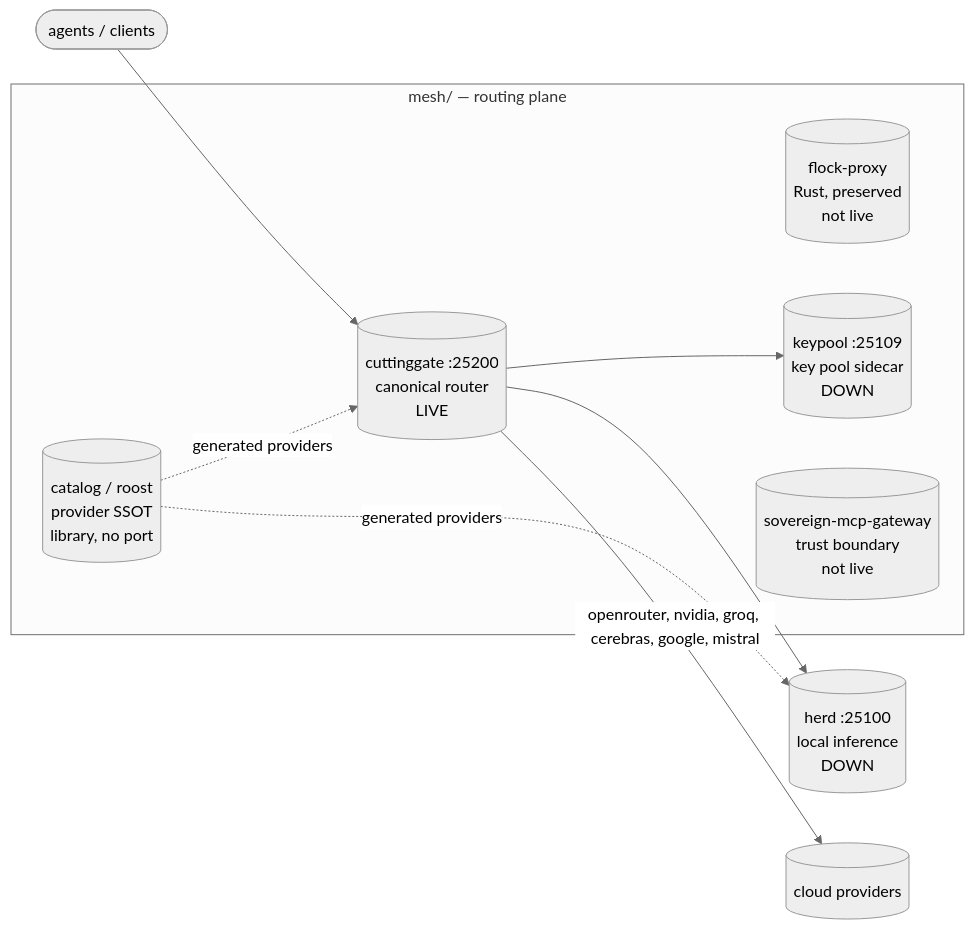
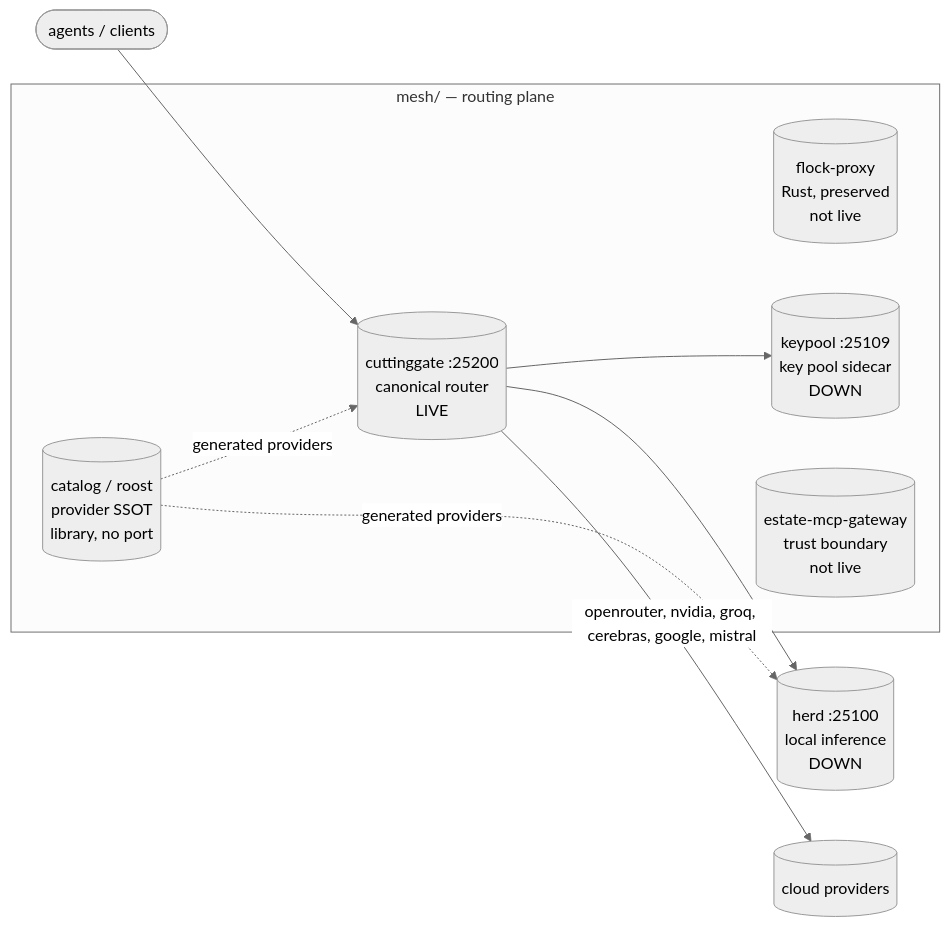
One commit to toxicwind/ranch changed the diagram in mesh/README.md. Above: the diagram before and after it, drawn with Mermaid (neutral theme). The commit also changed other lines of this file and 17 other files, not shown here.

````diff
--- a/mesh/README.md
+++ b/mesh/README.md
@@ -43,17 +43,17 @@
 ```mermaid
 flowchart LR
     subgraph mesh ["mesh/ — routing plane"]
         cuttinggate[("cuttinggate :25200<br/>canonical router<br/>LIVE")]
         flockproxy[("flock-proxy<br/>Rust, preserved<br/>not live")]
         catalog[("catalog / roost<br/>provider SSOT<br/>library, no port")]
         keypool[("keypool :25109<br/>key pool sidecar<br/>DOWN")]
-        mcpGW[("sovereign-mcp-gateway<br/>trust boundary<br/>not live")]
+        mcpGW[("estate-mcp-gateway<br/>trust boundary<br/>not live")]
     end
     herd[("herd :25100<br/>local inference<br/>DOWN")]
     agent([agents / clients]) --> cuttinggate
     cuttinggate --> herd
     cuttinggate -->|openrouter, nvidia, groq, cerebras, google, mistral| cloud[(cloud providers)]
     cuttinggate --> keypool
     catalog -.->|generated providers| cuttinggate
     catalog -.->|generated providers| herd
 ```
````
